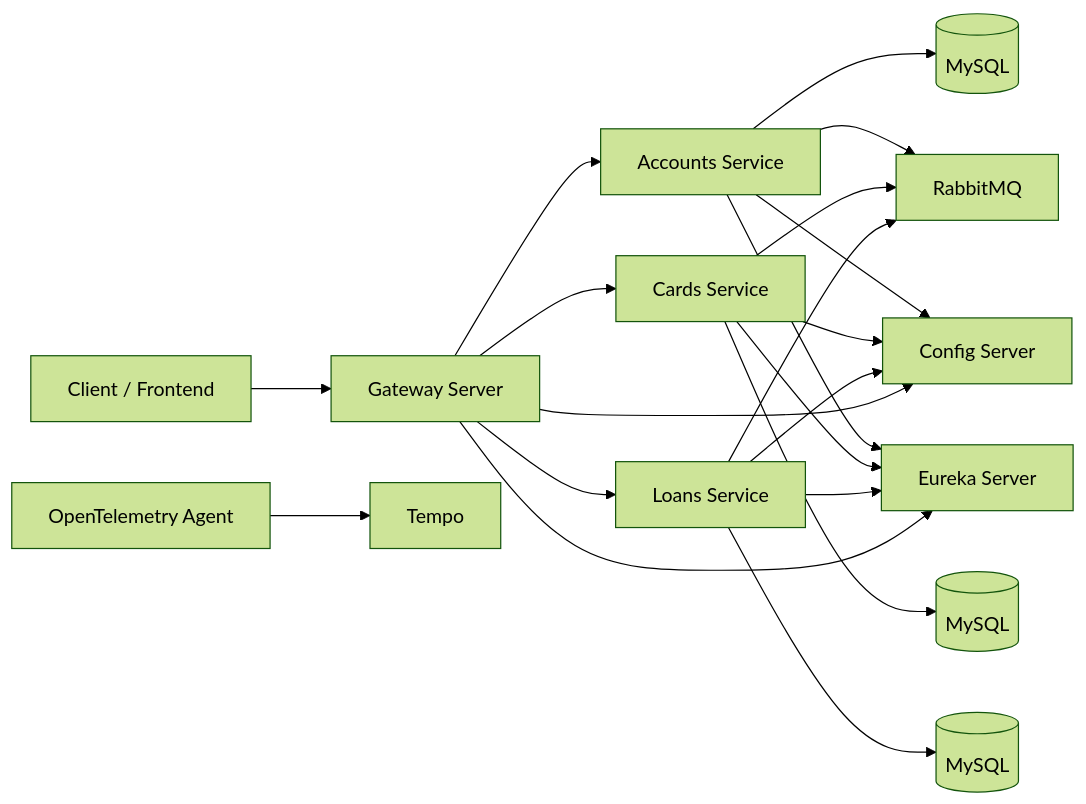
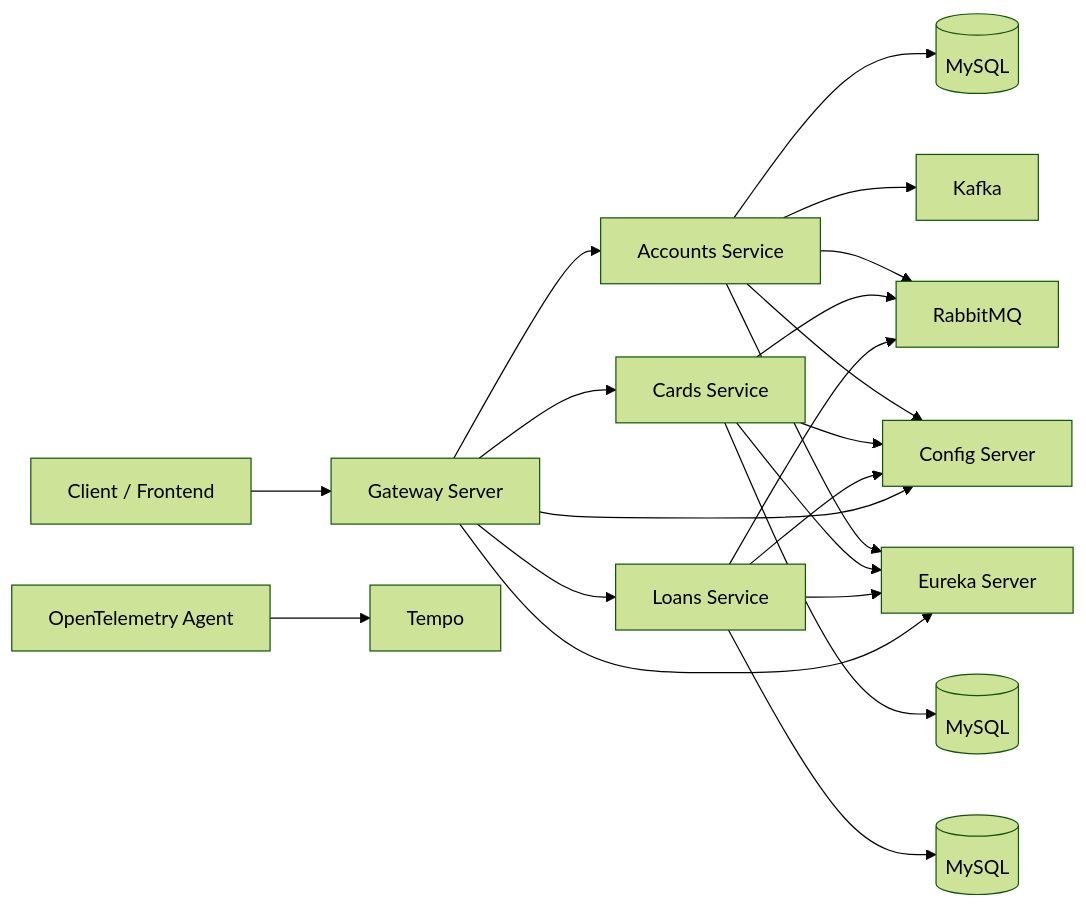
The diagram in README.md (AkhilFrancis/Spring-Boot-Microservices-Cloud-Native-Bank-App), drawn with Mermaid (forest theme) before and after one commit. The commit also changed other lines of this file, not shown here.

````diff
--- a/README.md
+++ b/README.md
@@ -9,27 +9,28 @@
 ```mermaid
 flowchart LR
     U[Client / Frontend] --> GW[Gateway Server]
     GW --> ACC[Accounts Service]
     GW --> CRS[Cards Service]
     GW --> LNS[Loans Service]
 
     ACC --> DB1[(MySQL)]
     CRS --> DB2[(MySQL)]
     LNS --> DB3[(MySQL)]
 
+    ACC --> KFK[Kafka]
     ACC --> RBT[RabbitMQ]
     CRS --> RBT
     LNS --> RBT
 
     ACC --> CFG[Config Server]
     CRS --> CFG
     LNS --> CFG
     GW --> CFG
 
     ACC --> EUR[Eureka Server]
     CRS --> EUR
     LNS --> EUR
     GW --> EUR
 
     OTEL[OpenTelemetry Agent] --> TMP[Tempo]
 ```
````
